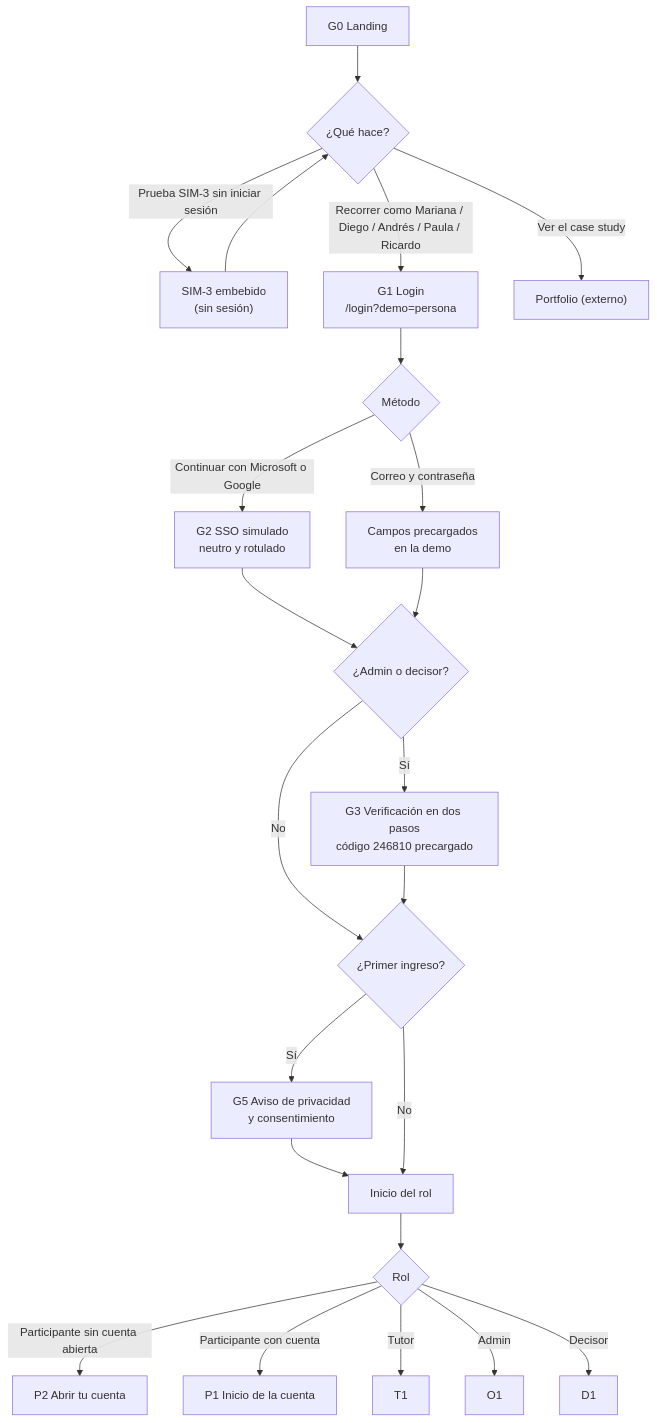
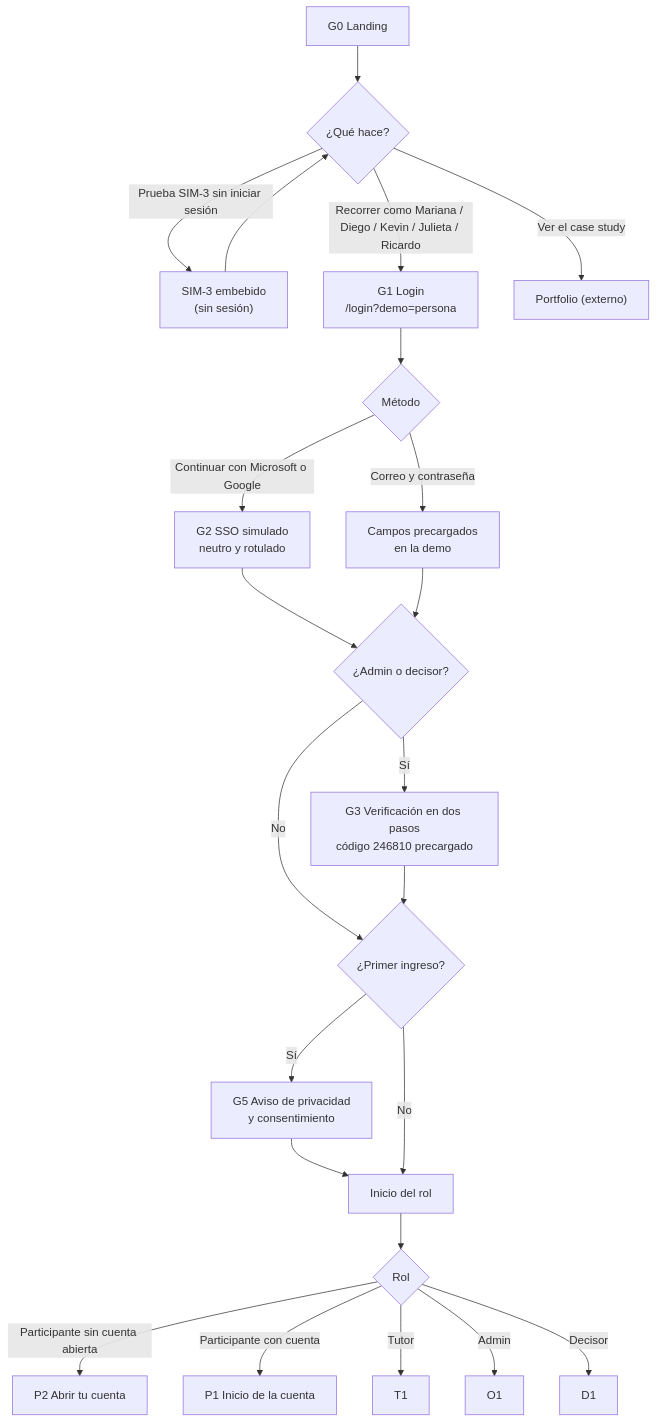
One commit to lpedaci/alcancia-app changed the first of 22 diagrams in docs/flows.md. Above: the diagram before and after it, drawn with Mermaid. The commit also changed other lines of this file and 95 other files, not shown here.

Commit message:
Rename demo people: Paula Gómez is now Julieta Martorelli and Silvia Herrera, Bettyna Gonçalves; store v3 migration, README image; review rows and activity JSON buttons keep their visible text in the accessible name (D-280)

````diff
--- a/docs/flows.md
+++ b/docs/flows.md
@@ -19,23 +19,23 @@
 ```mermaid
 flowchart TD
   L["G0 Landing"] --> R{"¿Qué hace?"}
   R -- "Prueba SIM-3 sin iniciar sesión" --> S["SIM-3 embebido<br/>(sin sesión)"] --> R
-  R -- "Recorrer como Mariana / Diego / Andrés / Paula / Ricardo" --> LG["G1 Login<br/>/login?demo=persona"]
+  R -- "Recorrer como Mariana / Diego / Kevin / Julieta / Ricardo" --> LG["G1 Login<br/>/login?demo=persona"]
   R -- "Ver el case study" --> CS["Portfolio (externo)"]
   LG --> M{"Método"}
   M -- "Continuar con Microsoft o Google" --> SSO["G2 SSO simulado<br/>neutro y rotulado"]
   M -- "Correo y contraseña" --> PW["Campos precargados<br/>en la demo"]
   SSO --> MFA{"¿Admin o decisor?"}
   PW --> MFA
   MFA -- "Sí" --> V["G3 Verificación en dos pasos<br/>código 246810 precargado"]
   MFA -- "No" --> C{"¿Primer ingreso?"}
   V --> C
   C -- "Sí" --> G5["G5 Aviso de privacidad<br/>y consentimiento"] --> H
   C -- "No" --> H["Inicio del rol"]
   H --> HP{"Rol"}
   HP -- "Participante sin cuenta abierta" --> P2["P2 Abrir tu cuenta"]
   HP -- "Participante con cuenta" --> P1["P1 Inicio de la cuenta"]
   HP -- "Tutor" --> T1["T1"]
   HP -- "Admin" --> O1["O1"]
   HP -- "Decisor" --> D1["D1"]
 ```
````
